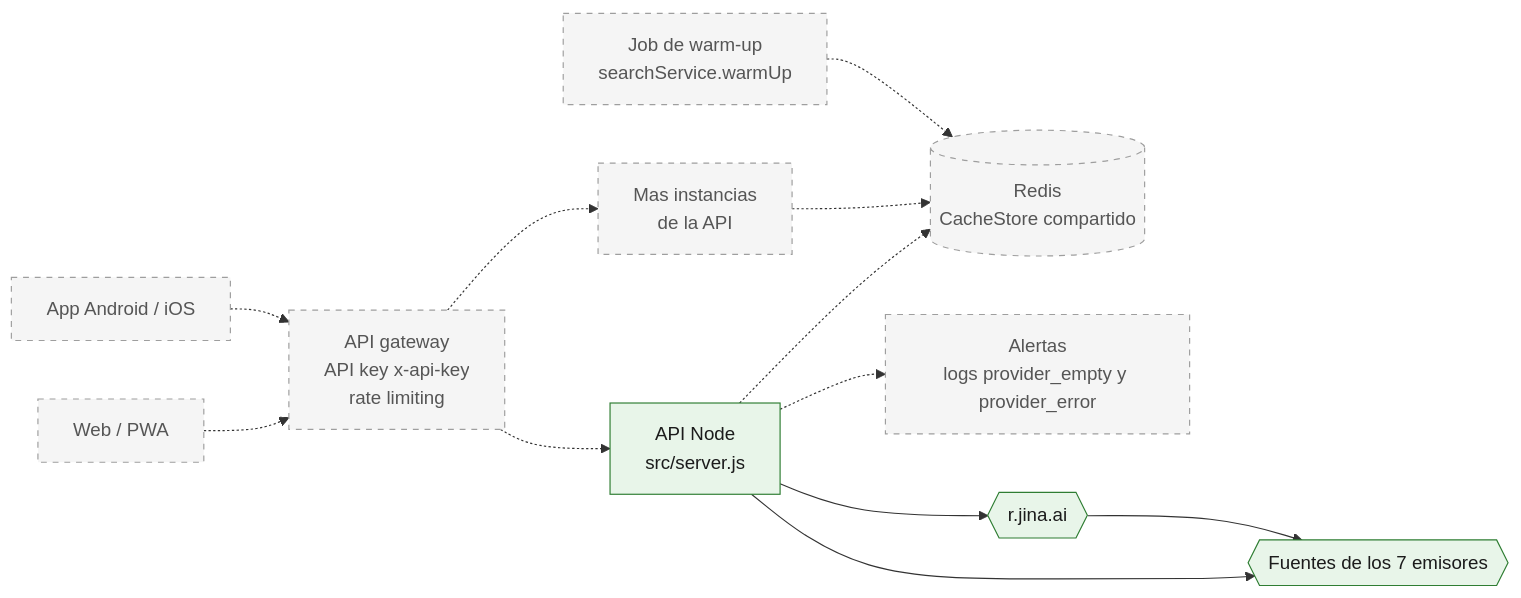
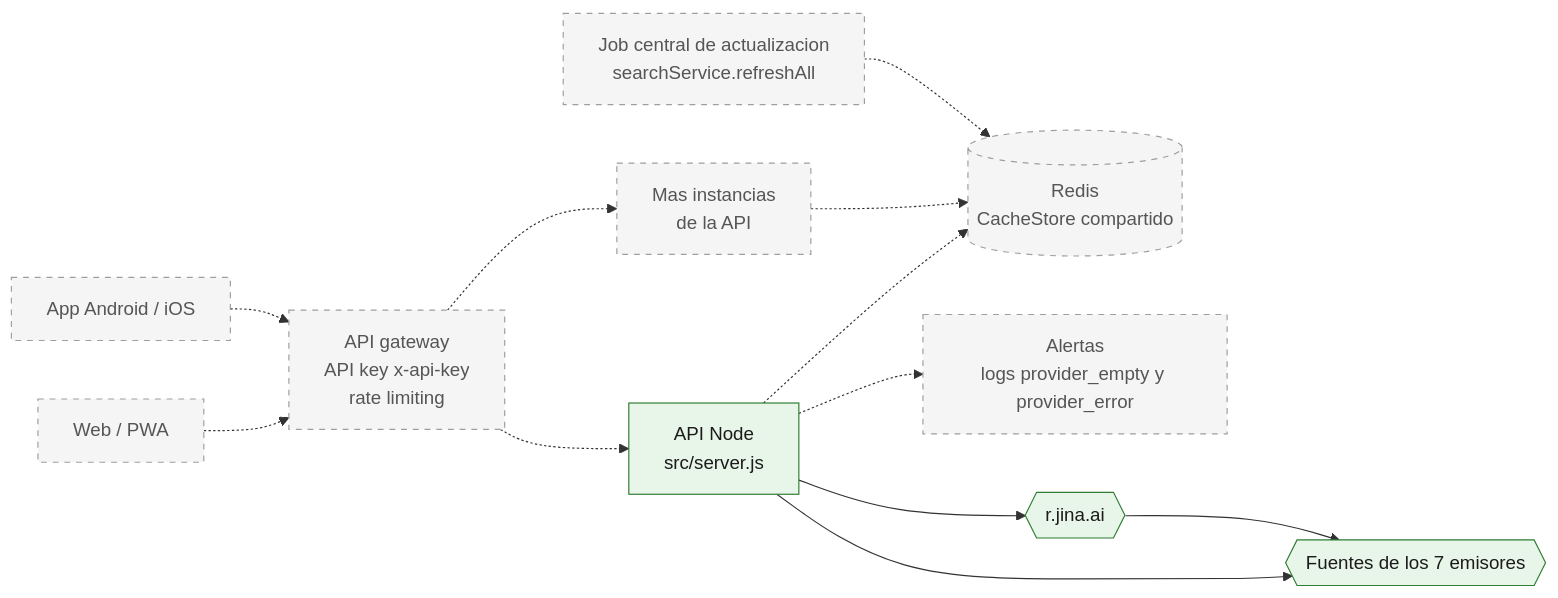
The diagram in docs/arquitectura/10-arquitectura-objetivo.md (sebcld/benefits-aggregator-cl), drawn with Mermaid before and after one commit. The commit also changed other lines of this file and 9 other files, not shown here.

````diff
--- a/docs/arquitectura/10-arquitectura-objetivo.md
+++ b/docs/arquitectura/10-arquitectura-objetivo.md
@@ -5,29 +5,29 @@
 ```mermaid
 flowchart LR
   web["Web / PWA"]
   movil["App Android / iOS"]
   gw["API gateway<br/>API key x-api-key<br/>rate limiting"]
   api1["API Node<br/>src/server.js"]
   apiN["Mas instancias<br/>de la API"]
   redis[("Redis<br/>CacheStore compartido")]
-  job["Job de warm-up<br/>searchService.warmUp"]
+  job["Job central de actualizacion<br/>searchService.refreshAll"]
   alertas["Alertas<br/>logs provider_empty y provider_error"]
   fuentes{{"Fuentes de los 7 emisores"}}
   jina{{"r.jina.ai"}}
 
   web -.-> gw
   movil -.-> gw
   gw -.-> api1
   gw -.-> apiN
   api1 -.-> redis
   apiN -.-> redis
   job -.-> redis
   api1 -.-> alertas
   api1 --> fuentes
   api1 --> jina --> fuentes
 
   classDef actual fill:#e8f5e9,stroke:#2e7d32,color:#1b1b1b
   classDef futuro fill:#f5f5f5,stroke:#9e9e9e,stroke-dasharray:5 5,color:#555555
   class api1,fuentes,jina actual
   class web,movil,gw,apiN,redis,job,alertas futuro
 ```
````
